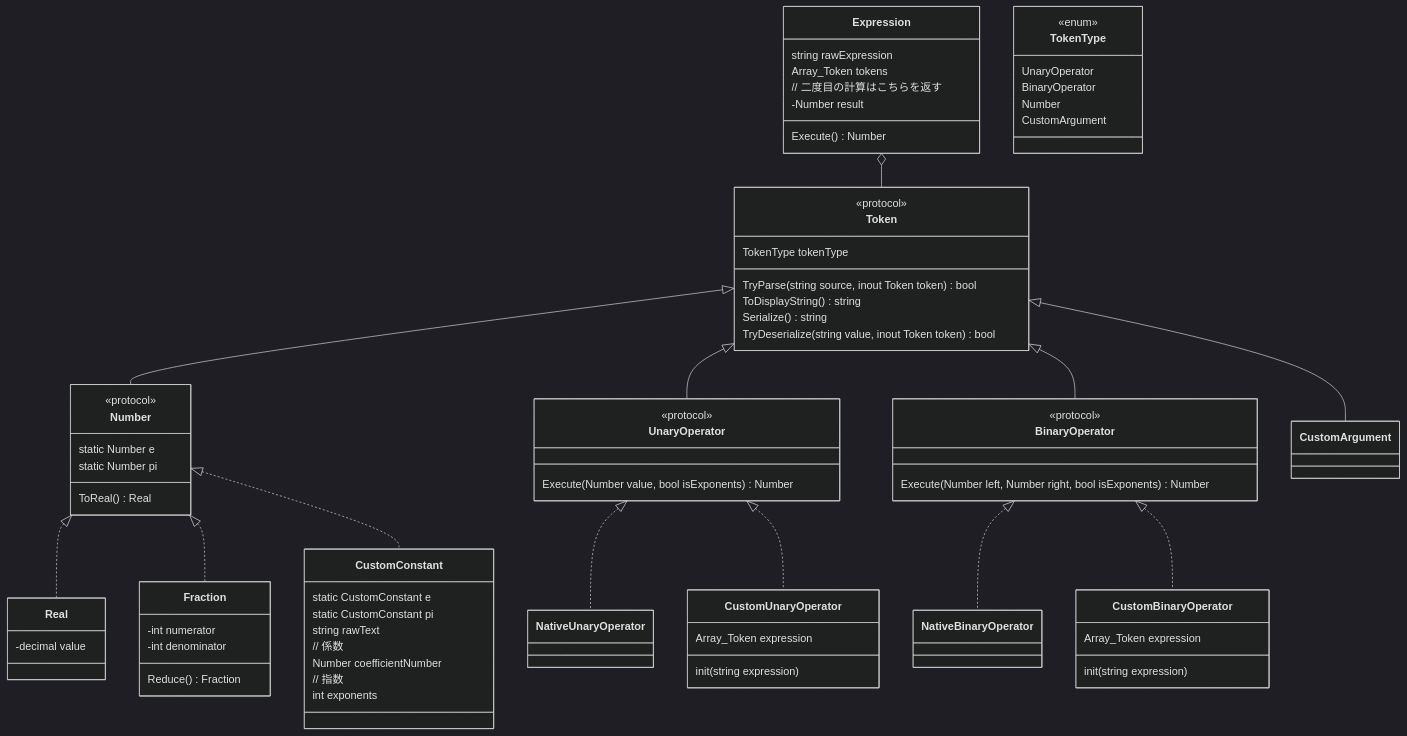
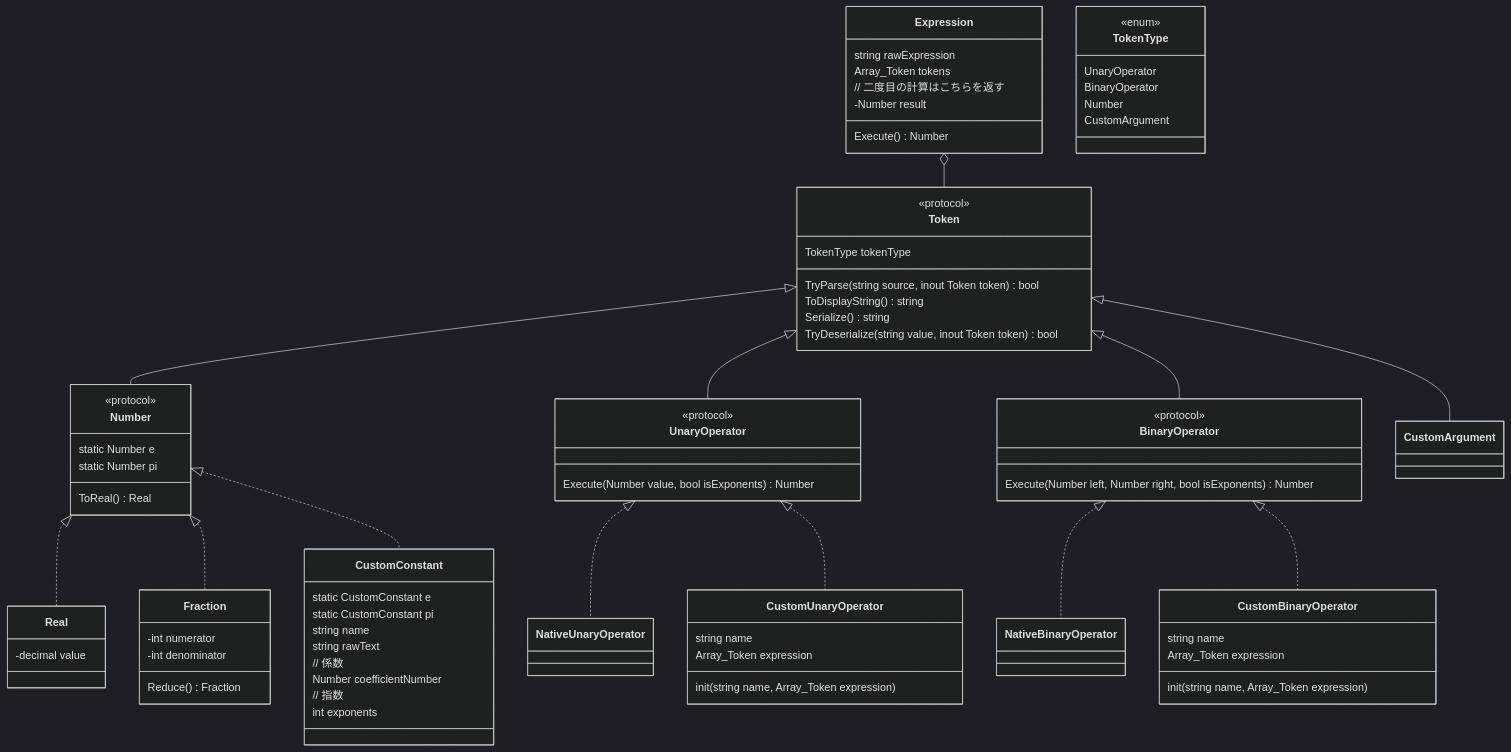
One commit to kc3hack/2023_C changed the second of 2 diagrams in graph/class.md. Above: the diagram before and after it, drawn with Mermaid (dark theme). The commit also changed other lines of this file, not shown here.

```diff
--- a/graph/class.md
+++ b/graph/class.md
@@ -90,6 +98,7 @@
 class CustomConstant {
     static CustomConstant e
     static CustomConstant pi
+    string name
     string rawText
     // 係数
     Number coefficientNumber
@@ -106,12 +115,14 @@
     Execute(Number left, Number right, bool isExponents) Number
 }
 class CustomUnaryOperator {
+    string name
     Array_Token expression
-    init(string expression)
+    init(string name, Array_Token expression)
 }
 class CustomBinaryOperator {
+    string name
     Array_Token expression
-    init(string expression)
+    init(string name, Array_Token expression)
 }
 
 class TokenType {
```
